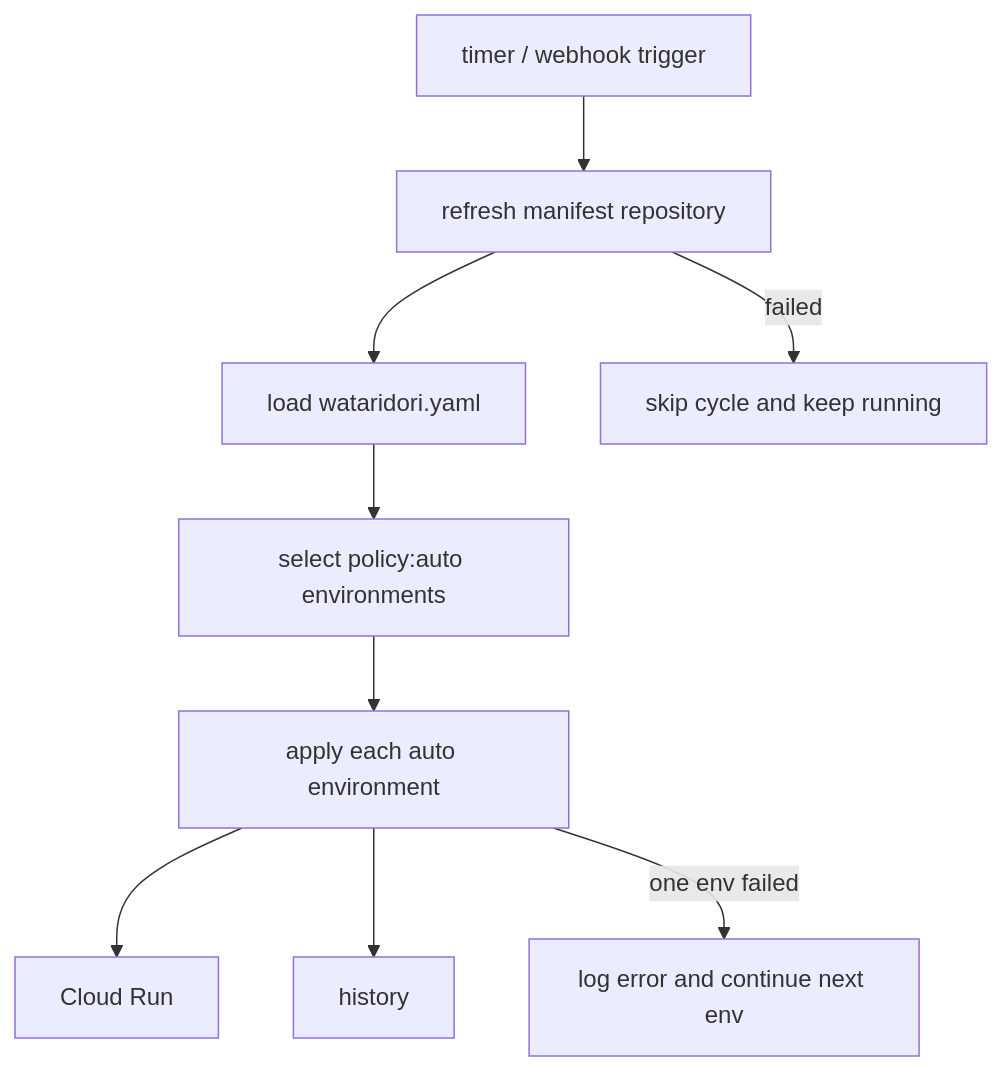
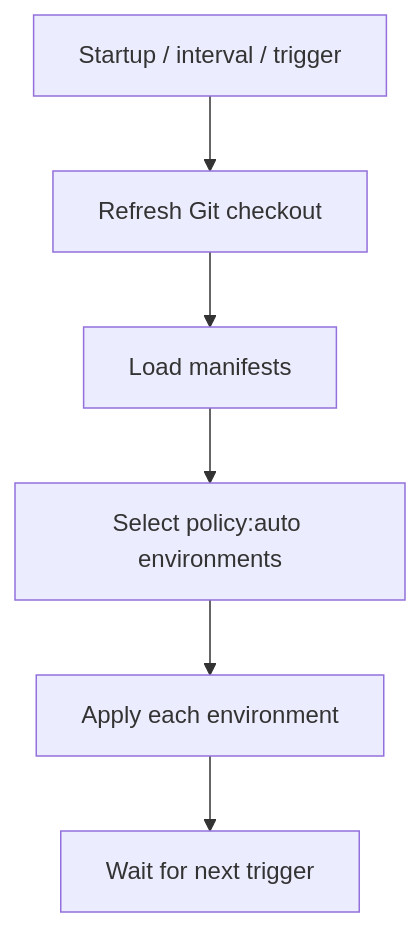
Before and after one commit to Retr0413/wataridori: the sixth of 7 diagrams in docs/system-flow.md, drawn with Mermaid. The commit also changed other lines of this file and 15 other files, not shown here.

````diff
--- a/docs/system-flow.md
+++ b/docs/system-flow.md
@@ -217,12 +160,8 @@
 ```mermaid
-flowchart TB
-    Trigger["timer / webhook trigger"] --> Refresh["refresh manifest repository"]
-    Refresh --> Load["load wataridori.yaml"]
-    Load --> Filter["select policy:auto environments"]
-    Filter --> Apply["apply each auto environment"]
-    Apply --> CR["Cloud Run"]
-    Apply --> DB["history"]
-
-    Refresh -->|failed| Skip["skip cycle and keep running"]
-    Apply -->|one env failed| Continue["log error and continue next env"]
+flowchart TD
+    Trigger["Startup / interval / trigger"] --> Refresh["Refresh Git checkout"]
+    Refresh --> Load["Load manifests"]
+    Load --> Select["Select policy:auto environments"]
+    Select --> Apply["Apply each environment"]
+    Apply --> Wait["Wait for next trigger"]
 ```
````
